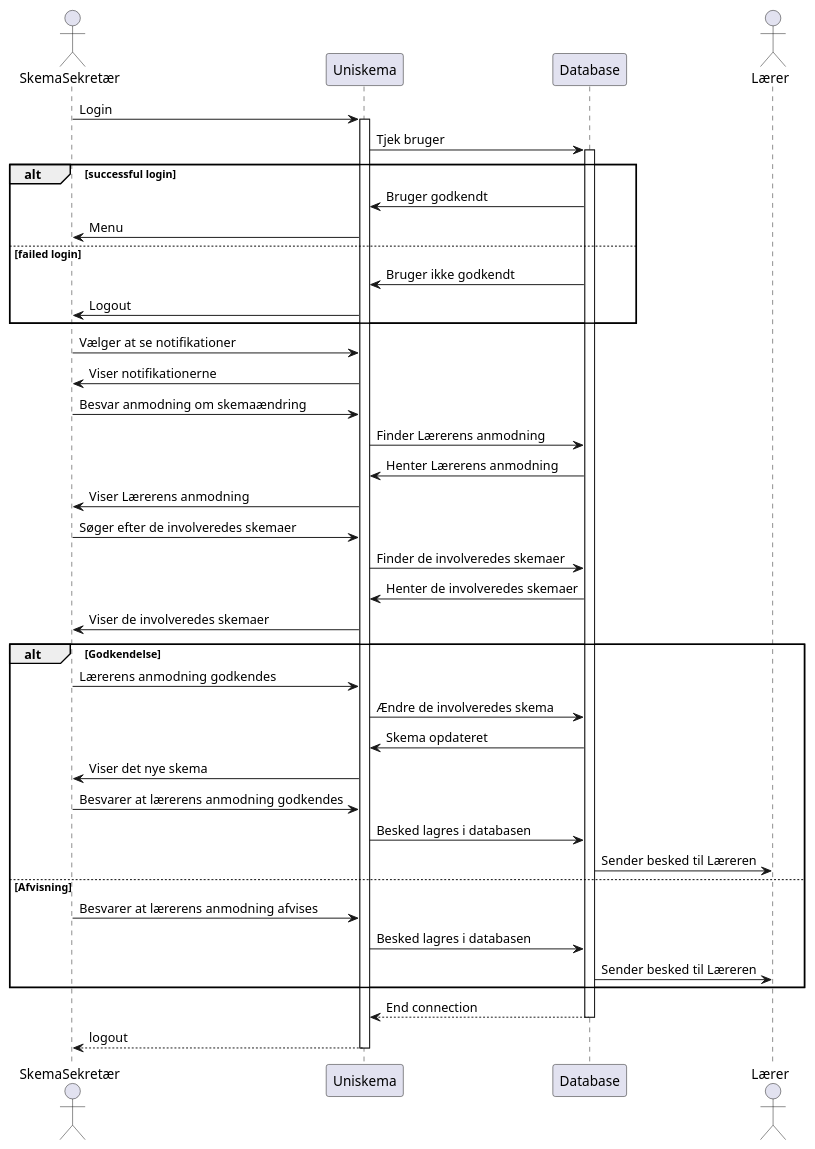
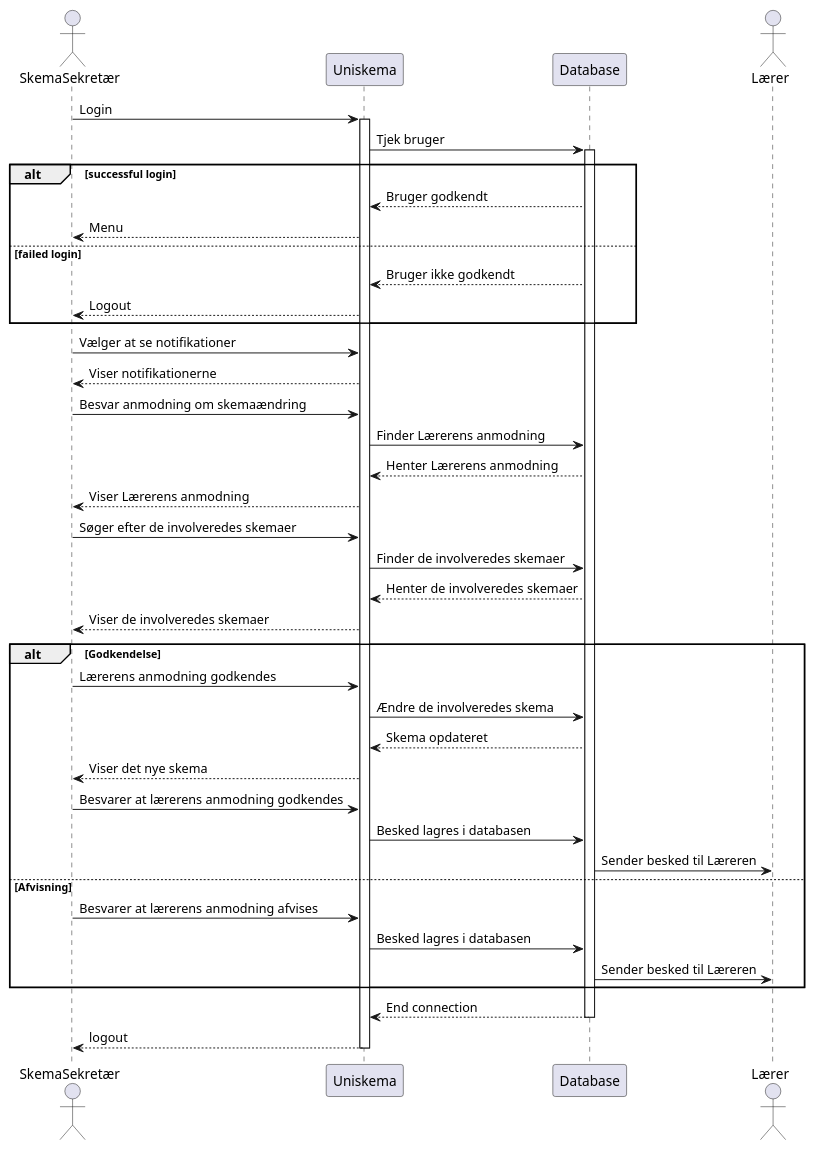
Before and after one commit to MadsSchroder/Systemudvikling-Eksamen-KU: the diagram in Diagrams/SSD SkemaSekretær.puml, drawn with PlantUML. The commit also changed 3 other files, not shown here.

```diff
--- a/Diagrams/SSD SkemaSekretær.puml
+++ b/Diagrams/SSD SkemaSekretær.puml
@@ -1,40 +1,40 @@
 @startuml
 Actor SkemaSekretær
 SkemaSekretær -> Uniskema: Login
 Activate Uniskema
 Uniskema -> Database: Tjek bruger
 Activate Database
 Actor Lærer
 alt successful login
-    Uniskema <- Database: Bruger godkendt
-    SkemaSekretær <- Uniskema: Menu
+    Uniskema <-- Database: Bruger godkendt
+    SkemaSekretær <-- Uniskema: Menu
 else failed login
-    Uniskema <- Database: Bruger ikke godkendt
-    SkemaSekretær <- Uniskema: Logout
+    Uniskema <-- Database: Bruger ikke godkendt
+    SkemaSekretær <-- Uniskema: Logout
 end
 SkemaSekretær -> Uniskema: Vælger at se notifikationer
-SkemaSekretær <- Uniskema: Viser notifikationerne
+SkemaSekretær <-- Uniskema: Viser notifikationerne
 SkemaSekretær -> Uniskema: Besvar anmodning om skemaændring
 Uniskema -> Database: Finder Lærerens anmodning
-Uniskema <- Database: Henter Lærerens anmodning
-SkemaSekretær <- Uniskema: Viser Lærerens anmodning
+Uniskema <-- Database: Henter Lærerens anmodning
+SkemaSekretær <-- Uniskema: Viser Lærerens anmodning
 SkemaSekretær -> Uniskema: Søger efter de involveredes skemaer
 Uniskema -> Database: Finder de involveredes skemaer
-Uniskema <- Database: Henter de involveredes skemaer
-SkemaSekretær <- Uniskema: Viser de involveredes skemaer
+Uniskema <-- Database: Henter de involveredes skemaer
+SkemaSekretær <-- Uniskema: Viser de involveredes skemaer
 alt Godkendelse
     SkemaSekretær -> Uniskema: Lærerens anmodning godkendes
     Uniskema -> Database: Ændre de involveredes skema
-    Uniskema <- Database: Skema opdateret
-    SkemaSekretær <- Uniskema: Viser det nye skema
+    Uniskema <-- Database: Skema opdateret
+    SkemaSekretær <-- Uniskema: Viser det nye skema
     SkemaSekretær -> Uniskema: Besvarer at lærerens anmodning godkendes
     Uniskema -> Database: Besked lagres i databasen
     Database -> Lærer: Sender besked til Læreren
 else Afvisning
     SkemaSekretær -> Uniskema: Besvarer at lærerens anmodning afvises
     Uniskema -> Database: Besked lagres i databasen
     Database -> Lærer: Sender besked til Læreren
 end
 return End connection
 return logout
 @enduml
```
